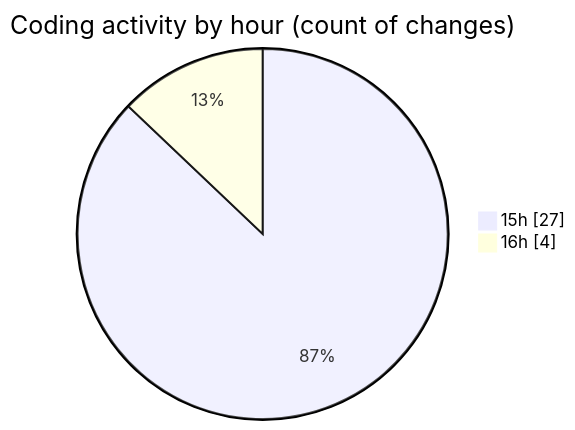
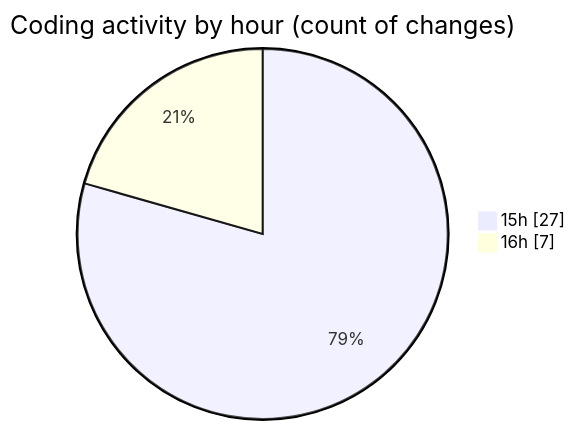
Before and after one commit to idhammustaqopulfikri/code-tracking: the second of 2 diagrams in 2025-06-06/sewa-mobil/README.md, drawn with Mermaid. The commit also changed other lines of this file and 1 other file, not shown here.

````diff
--- a/2025-06-06/sewa-mobil/README.md
+++ b/2025-06-06/sewa-mobil/README.md
@@ -37,6 +38,6 @@
 ```mermaid
 pie showData
 title Coding activity by hour (count of changes)
 "15h" : 27
-"16h" : 4
+"16h" : 7
 ```
````
